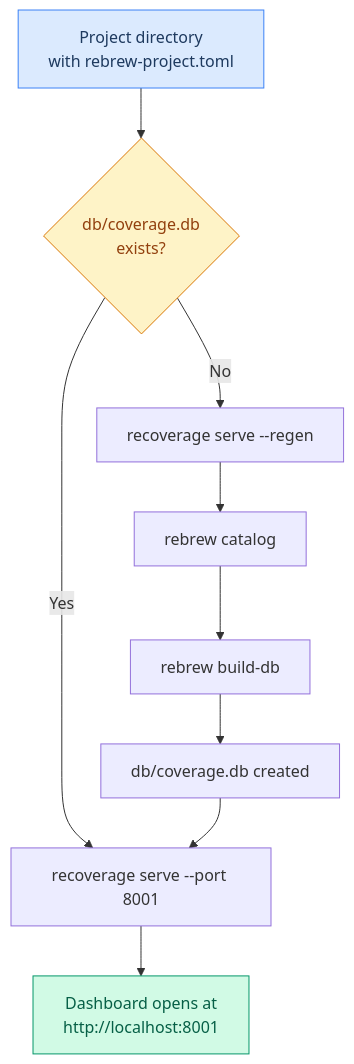
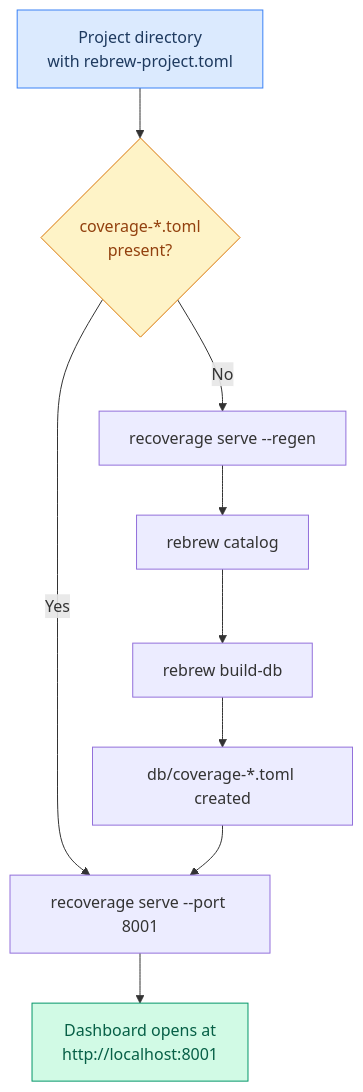
One commit to maci0/recoverage changed the first of 18 diagrams in docs/USER_STORIES.md. Above: the diagram before and after it, drawn with Mermaid. The commit also changed other lines of this file and 39 other files, not shown here.

````diff
--- a/docs/USER_STORIES.md
+++ b/docs/USER_STORIES.md
@@ -34,15 +34,15 @@
 ```mermaid
 graph TD
-    A["Project directory<br/>with rebrew-project.toml"] --> B{"db/coverage.db<br/>exists?"}
+    A["Project directory<br/>with rebrew-project.toml"] --> B{"coverage-*.toml<br/>present?"}
     B -->|Yes| C["recoverage serve --port 8001"]
     B -->|No| D["recoverage serve --regen"]
     D --> E["rebrew catalog"]
     E --> F["rebrew build-db"]
-    F --> G["db/coverage.db created"]
+    F --> G["db/coverage-*.toml created"]
     G --> C
     C --> H["Dashboard opens at<br/>http://localhost:8001"]
 
     style A fill:#dbeafe,stroke:#3b82f6,color:#1e3a5f
     style H fill:#d1fae5,stroke:#059669,color:#065f46
     style B fill:#fef3c7,stroke:#d97706,color:#92400e
 ```
````
